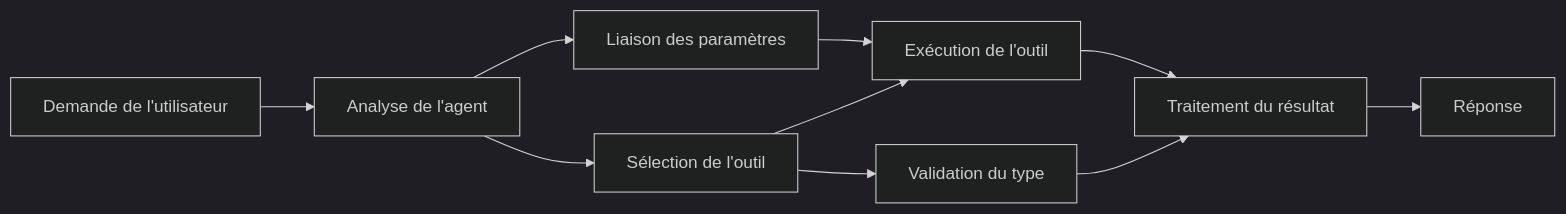
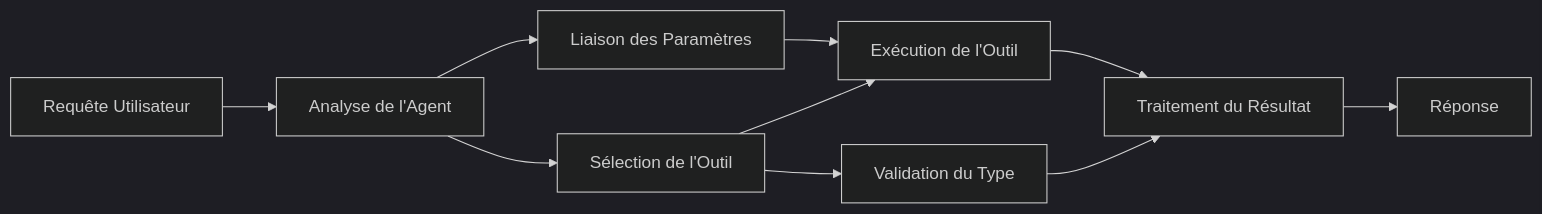
Before and after one commit to venturemavenwill/azureaifundamentals: the diagram in translations/fr/04-tool-use/code_samples/04-dotnet-agent-framework.md, drawn with Mermaid (dark theme). The commit also changed other lines of this file and 2002 other files, not shown here.

````diff
--- a/translations/fr/04-tool-use/code_samples/04-dotnet-agent-framework.md
+++ b/translations/fr/04-tool-use/code_samples/04-dotnet-agent-framework.md
@@ -40,12 +40,12 @@
 ```mermaid
 graph LR
-    A[Demande de l'utilisateur] --> B[Analyse de l'agent]
-    B --> C[Sélection de l'outil]
-    C --> D[Validation du type]
-    B --> E[Liaison des paramètres]
-    E --> F[Exécution de l'outil]
+    A[Requête Utilisateur] --> B[Analyse de l'Agent]
+    B --> C[Sélection de l'Outil]
+    C --> D[Validation du Type]
+    B --> E[Liaison des Paramètres]
+    E --> F[Exécution de l'Outil]
     C --> F
-    F --> G[Traitement du résultat]
+    F --> G[Traitement du Résultat]
     D --> G
     G --> H[Réponse]
 ```
````
